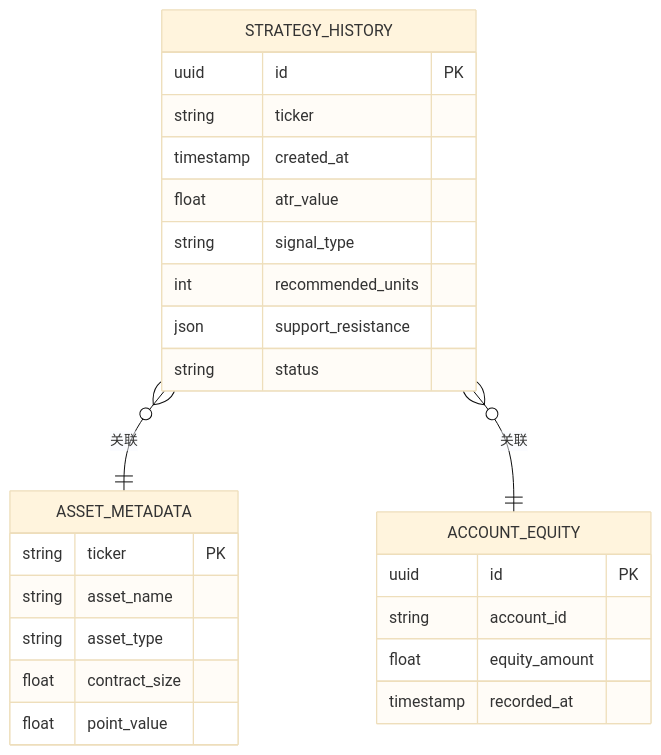
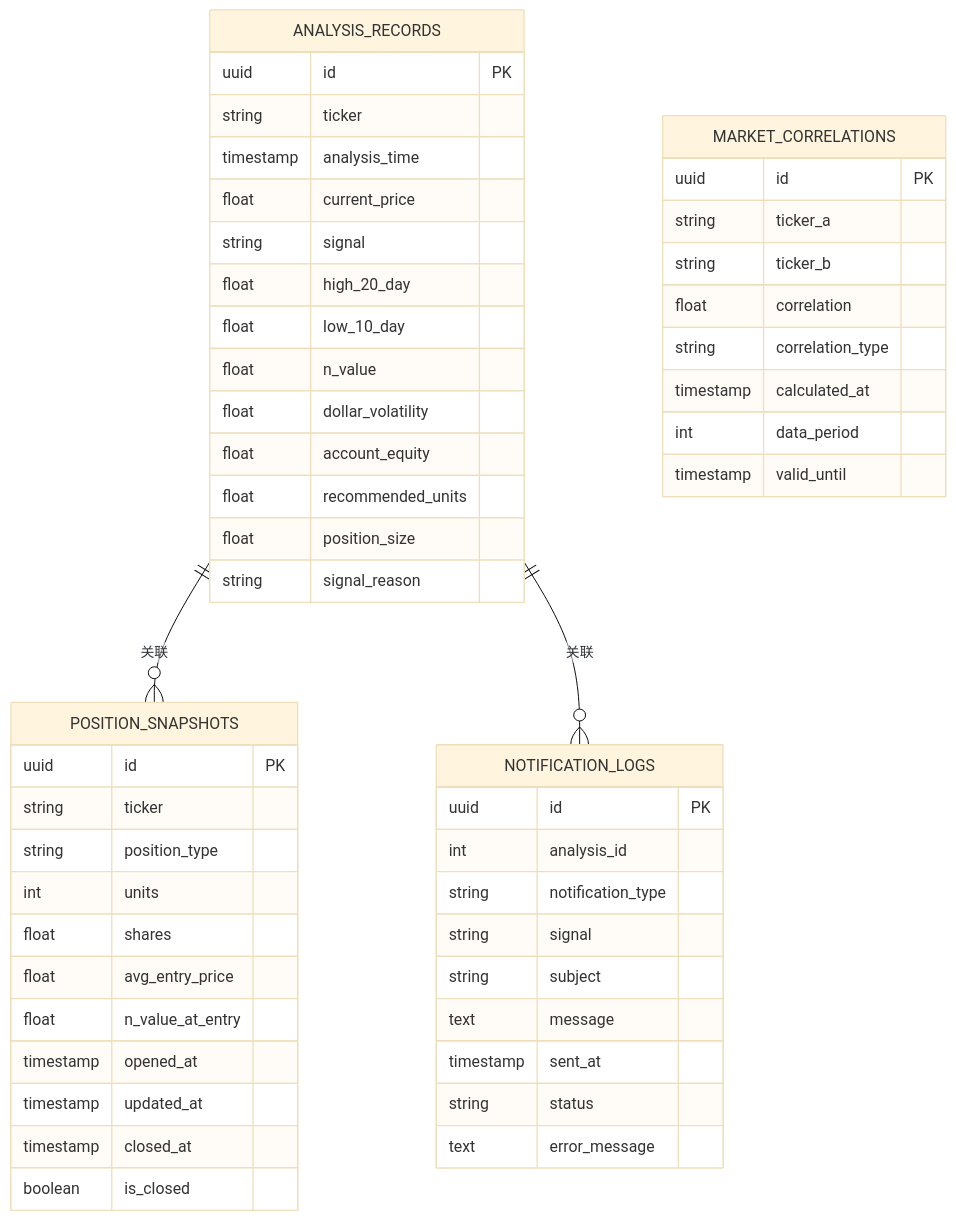
The sixth of 10 diagrams in .qoder/repowiki/zh/content/核心功能模块/核心功能模块.md (raymodny-ai/The-Modern-Turtle-Protocol), drawn with Mermaid (base theme) before and after one commit. The commit also changed other lines of this file and 15 other files, not shown here.

````diff
--- a/.qoder/repowiki/zh/content/核心功能模块/核心功能模块.md
+++ b/.qoder/repowiki/zh/content/核心功能模块/核心功能模块.md
@@ -355,28 +423,54 @@
 ```mermaid
 erDiagram
-STRATEGY_HISTORY {
+ANALYSIS_RECORDS {
 uuid id PK
 string ticker
-timestamp created_at
-float atr_value
-string signal_type
-int recommended_units
-json support_resistance
+timestamp analysis_time
+float current_price
+string signal
+float high_20_day
+float low_10_day
+float n_value
+float dollar_volatility
+float account_equity
+float recommended_units
+float position_size
+string signal_reason
+}
+POSITION_SNAPSHOTS {
+uuid id PK
+string ticker
+string position_type
+int units
+float shares
+float avg_entry_price
+float n_value_at_entry
+timestamp opened_at
+timestamp updated_at
+timestamp closed_at
+boolean is_closed
+}
+MARKET_CORRELATIONS {
+uuid id PK
+string ticker_a
+string ticker_b
+float correlation
+string correlation_type
+timestamp calculated_at
+int data_period
+timestamp valid_until
+}
+NOTIFICATION_LOGS {
+uuid id PK
+int analysis_id
+string notification_type
+string signal
+string subject
+text message
+timestamp sent_at
 string status
+text error_message
 }
-ASSET_METADATA {
-string ticker PK
-string asset_name
-string asset_type
-float contract_size
-float point_value
-}
-ACCOUNT_EQUITY {
-uuid id PK
-string account_id
-float equity_amount
-timestamp recorded_at
-}
-STRATEGY_HISTORY }o--|| ASSET_METADATA : "关联"
-STRATEGY_HISTORY }o--|| ACCOUNT_EQUITY : "关联"
+ANALYSIS_RECORDS ||--o{ POSITION_SNAPSHOTS : "关联"
+ANALYSIS_RECORDS ||--o{ NOTIFICATION_LOGS : "关联"
 ```
````
